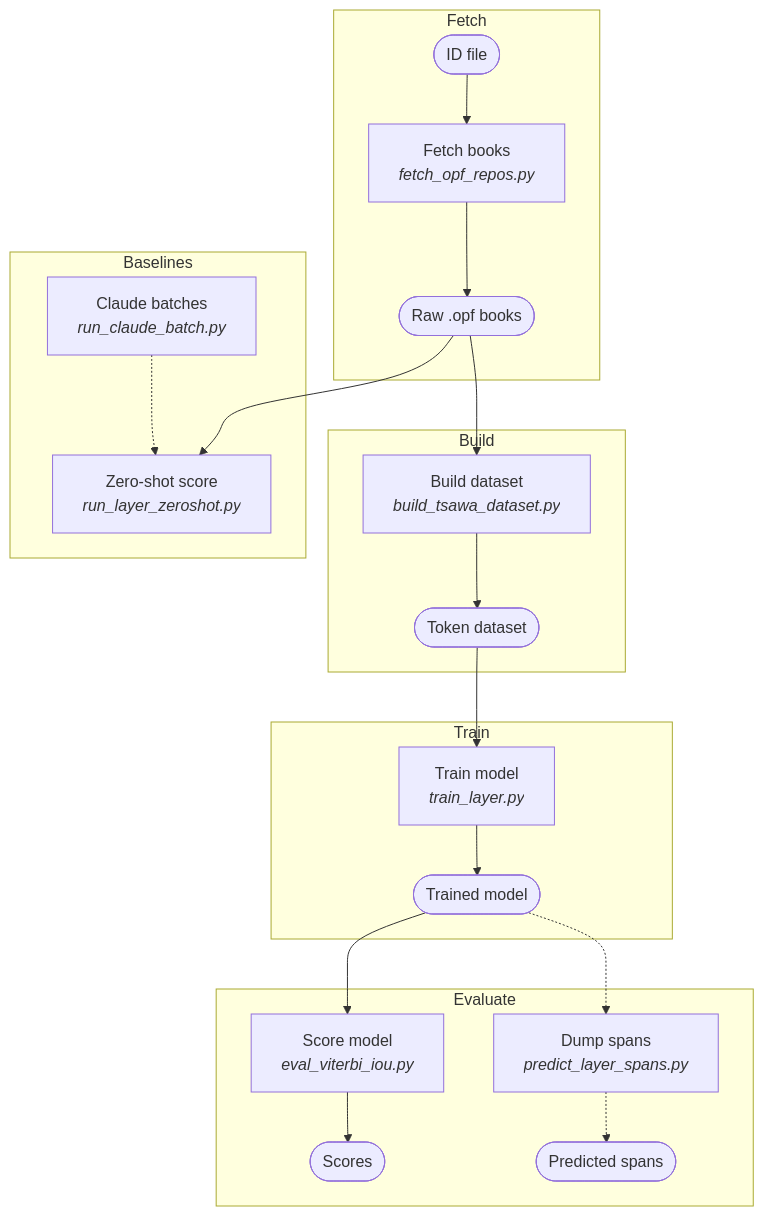
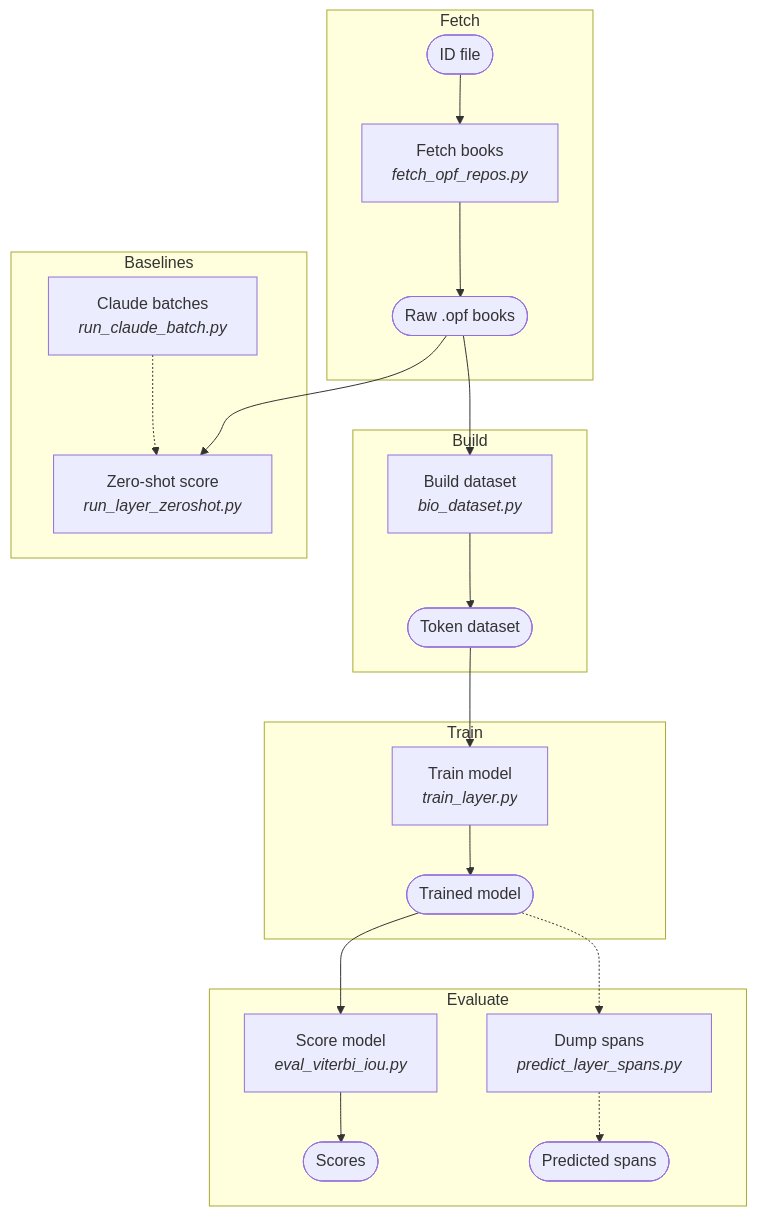
One commit to tenzinyonten/tibetan-layer-detection changed the diagram in common/docs/pipeline.mmd. Above: the diagram before and after it, drawn with Mermaid. The commit also changed 39 other files, not shown here.

```diff
--- a/common/docs/pipeline.mmd
+++ b/common/docs/pipeline.mmd
@@ -1,24 +1,24 @@
 %%{init: {"flowchart": {"htmlLabels": false}}}%%
 flowchart TD
   subgraph FETCH["Fetch"]
     F0(["ID file"]) --> S1["Fetch books<br/><i>fetch_opf_repos.py</i>"]
     S1 --> F1(["Raw .opf books"])
   end
   subgraph BUILD["Build"]
-    S2["Build dataset<br/><i>build_tsawa_dataset.py</i>"] --> F2(["Token dataset"])
+    S2["Build dataset<br/><i>bio_dataset.py</i>"] --> F2(["Token dataset"])
   end
   subgraph TRAIN["Train"]
     S3["Train model<br/><i>train_layer.py</i>"] --> F3(["Trained model"])
   end
   subgraph EVAL["Evaluate"]
     S4["Score model<br/><i>eval_viterbi_iou.py</i>"] --> F4(["Scores"])
     S5["Dump spans<br/><i>predict_layer_spans.py</i>"] -.-> F5(["Predicted spans"])
   end
   subgraph BASE["Baselines"]
     S7["Claude batches<br/><i>run_claude_batch.py</i>"] -.-> S6["Zero-shot score<br/><i>run_layer_zeroshot.py</i>"]
   end
   F1 --> S2
   F2 --> S3
   F3 --> S4
   F3 -.-> S5
   F1 --> S6
```
